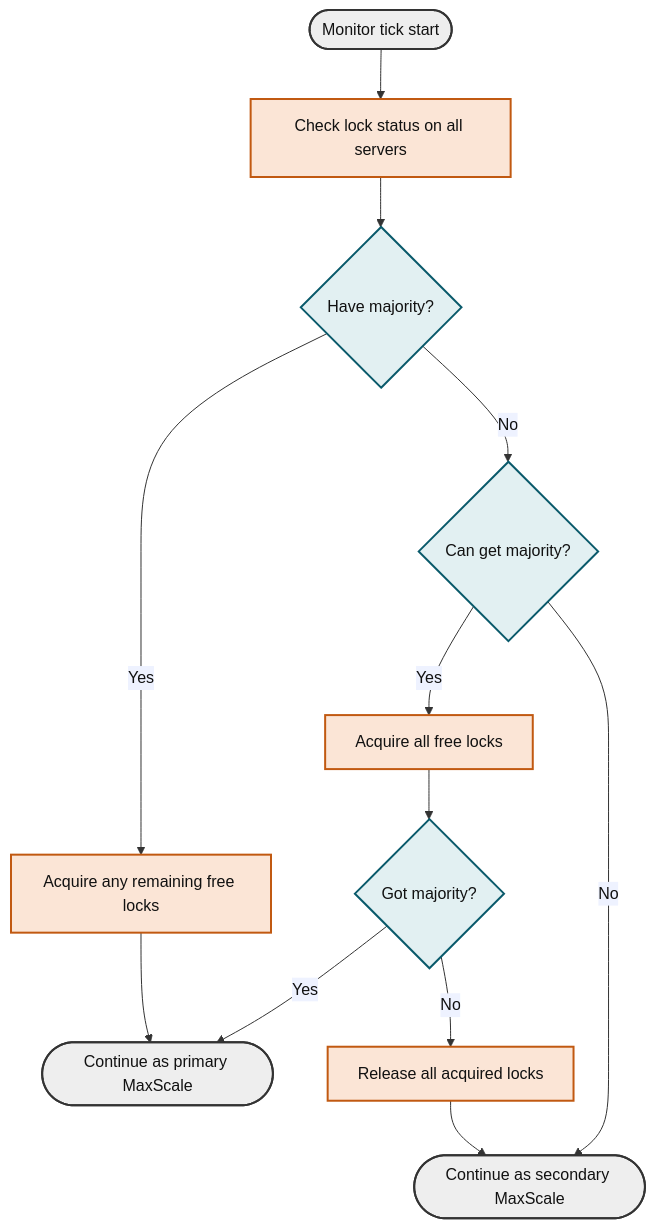
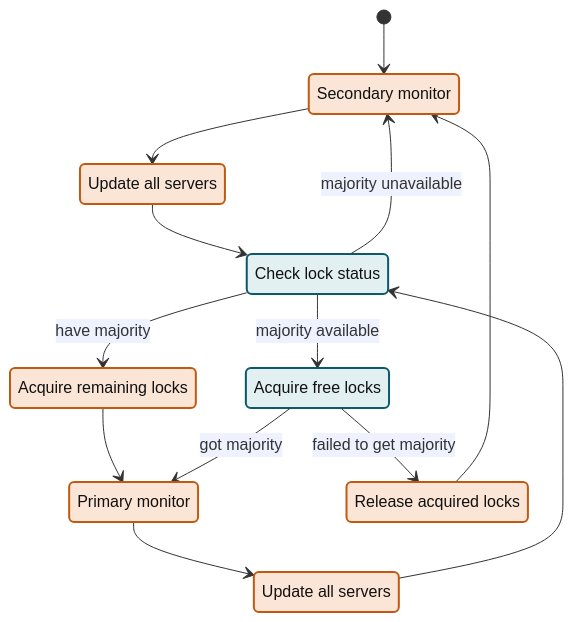
One commit to mariadb-corporation/mariadb-docs changed the first of 8 diagrams in maxscale/reference/maxscale-monitors/mariadb-monitor.md. Above: the diagram before and after it, drawn with Mermaid. The commit also changed other lines of this file, not shown here.

Commit message:
Convert cooperative monitoring decision flowchart into a state diagram
More compact than the previous flowchart.

````diff
--- a/maxscale/reference/maxscale-monitors/mariadb-monitor.md
+++ b/maxscale/reference/maxscale-monitors/mariadb-monitor.md
@@ -1889,38 +1889,43 @@
 ```mermaid
 %%{init: {"themeVariables": {"edgeLabelBackground": "#eef2ff"}}}%%
-flowchart TD
+stateDiagram-v2
     accTitle: MaxScale cooperative monitoring — acquiring the primary lock majority
     accDescr {
         The MariaDB Monitor's cooperative-locking decision on each monitor tick. The monitor
         tick starts and checks lock status on all servers. If this MaxScale already has a
         majority of locks, it acquires any remaining free locks and continues as the primary
         MaxScale. If it does not have a majority, it checks whether it can get a majority. If it
         cannot, it continues as a secondary MaxScale. If it can, it acquires all free locks and
         rechecks whether it got a majority: if yes, it continues as the primary MaxScale; if no,
         it releases all acquired locks and continues as a secondary MaxScale.
     }
-    Start(["Monitor tick start"])
-    Check["Check lock status on all servers"]
-    Have{"Have majority?"}
-    CanGet{"Can get majority?"}
-    AcqRemaining["Acquire any remaining free locks"]
-    AcqAll["Acquire all free locks"]
-    Got{"Got majority?"}
-    Release["Release all acquired locks"]
-    Primary(["Continue as primary MaxScale"])
-    Secondary(["Continue as secondary MaxScale"])
-    Start --> Check --> Have
-    Have -->|Yes| AcqRemaining --> Primary
-    Have -->|No| CanGet
-    CanGet -->|Yes| AcqAll --> Got
-    CanGet -->|No| Secondary
-    Got -->|Yes| Primary
-    Got -->|No| Release --> Secondary
+    [*] --> Secondary
+    Secondary --> UpdateSec
+    UpdateSec --> CheckLocks
+    Primary --> UpdatePrim
+    UpdatePrim --> CheckLocks
+
+    CheckLocks --> GetRemaining: have majority
+    CheckLocks --> CanGetMajority: majority available
+    CheckLocks --> Secondary: majority unavailable
+
+    GetRemaining --> Primary
+    CanGetMajority --> Primary: got majority
+    CanGetMajority --> Release: failed to get majority
+    Release --> Secondary
+
+    Primary: Primary monitor
+    Secondary: Secondary monitor
+    UpdatePrim: Update all servers
+    UpdateSec: Update all servers
+    CheckLocks: Check lock status
+    GetRemaining: Acquire remaining locks
+    CanGetMajority: Acquire free locks
+    Release: Release acquired locks
+
     classDef proc fill:#fbe5d6,stroke:#c15911,stroke-width:2px,color:#111;
     classDef decision fill:#e2f0f2,stroke:#0a5a6b,stroke-width:2px,color:#111;
-    classDef terminal fill:#eeeeee,stroke:#333333,stroke-width:2px,color:#111;
-    class Check,AcqRemaining,AcqAll,Release proc
-    class Have,CanGet,Got decision
-    class Start,Primary,Secondary terminal
-    linkStyle default color:#111111
+
+    class Primary,Secondary,UpdatePrim,UpdateSec,GetRemaining,Release proc
+    class CheckLocks,CanGetMajority decision
 ```
````
